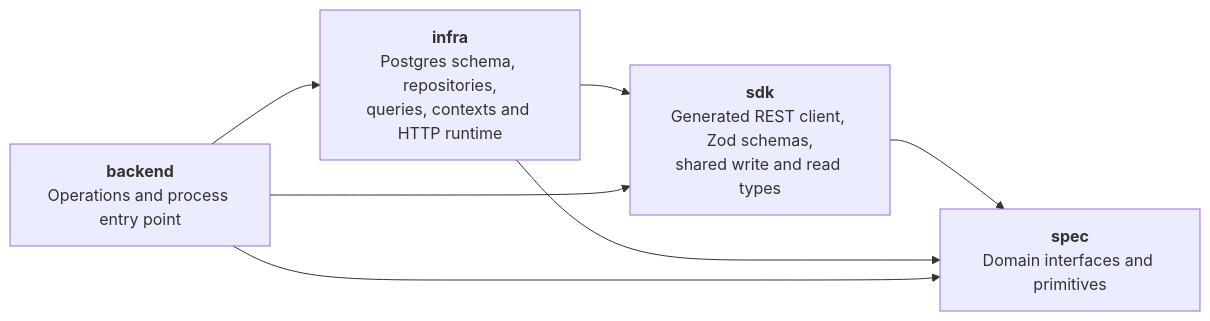
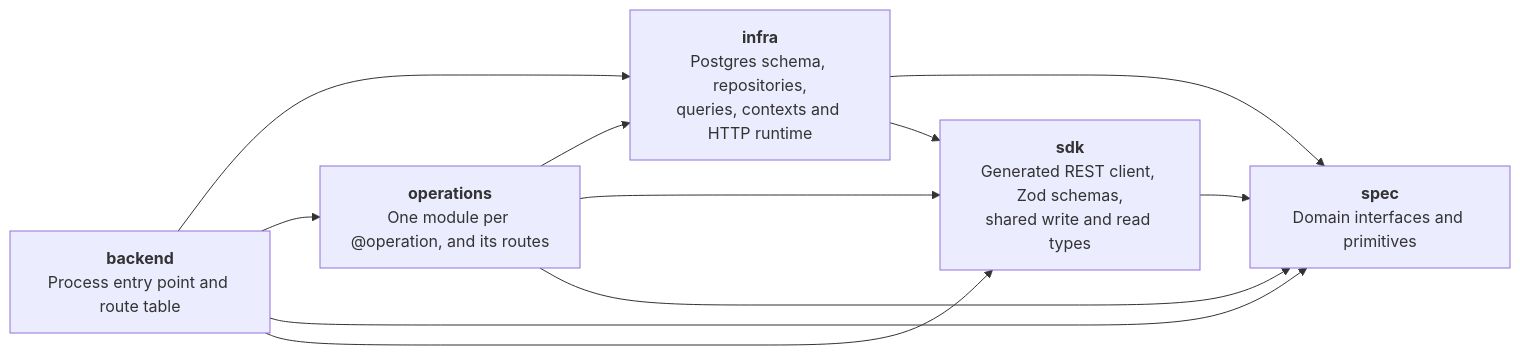
The second of 2 diagrams in README.md (Ciantic/experiment-with-ts-spec), drawn with Mermaid before and after one commit. The commit also changed other lines of this file and 29 other files, not shown here.

````diff
--- a/README.md
+++ b/README.md
@@ -111,14 +117,19 @@
 ```mermaid
 flowchart LR
     spec["<b>spec</b><br/>Domain interfaces and primitives"]
     sdk["<b>sdk</b><br/>Generated REST client, Zod schemas,<br/>shared write and read types"]
     infra["<b>infra</b><br/>Postgres schema, repositories,<br/>queries, contexts and HTTP runtime"]
-    backend["<b>backend</b><br/>Operations and process entry point"]
+    operations["<b>operations</b><br/>One module per @operation, and its routes"]
+    backend["<b>backend</b><br/>Process entry point and route table"]
 
     sdk --> spec
     infra --> spec
     infra --> sdk
+    operations --> infra
+    operations --> sdk
+    operations --> spec
     backend --> infra
+    backend --> operations
     backend --> spec
     backend --> sdk
 ```
````
